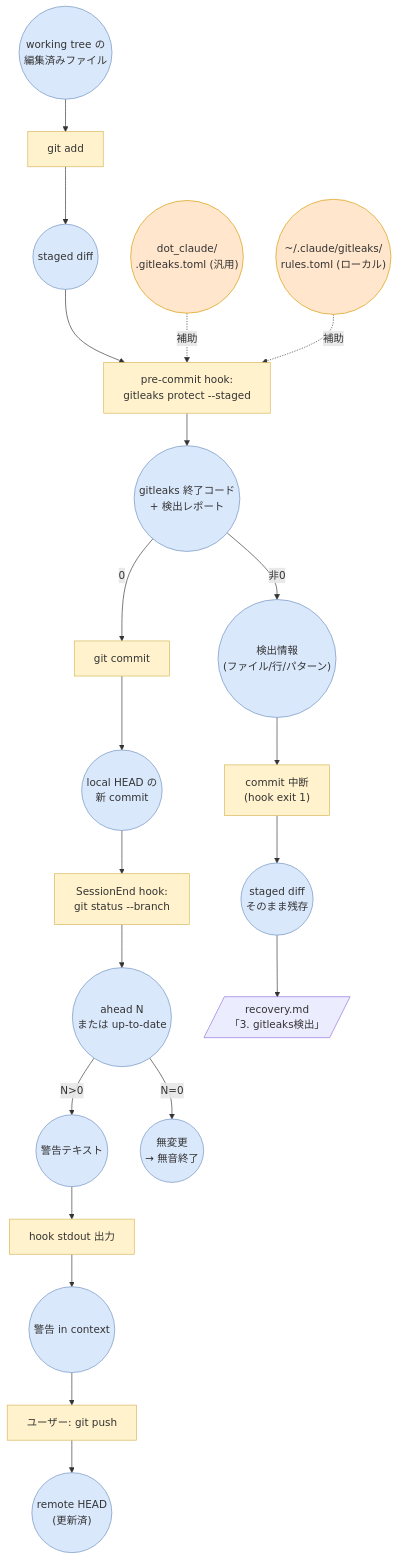
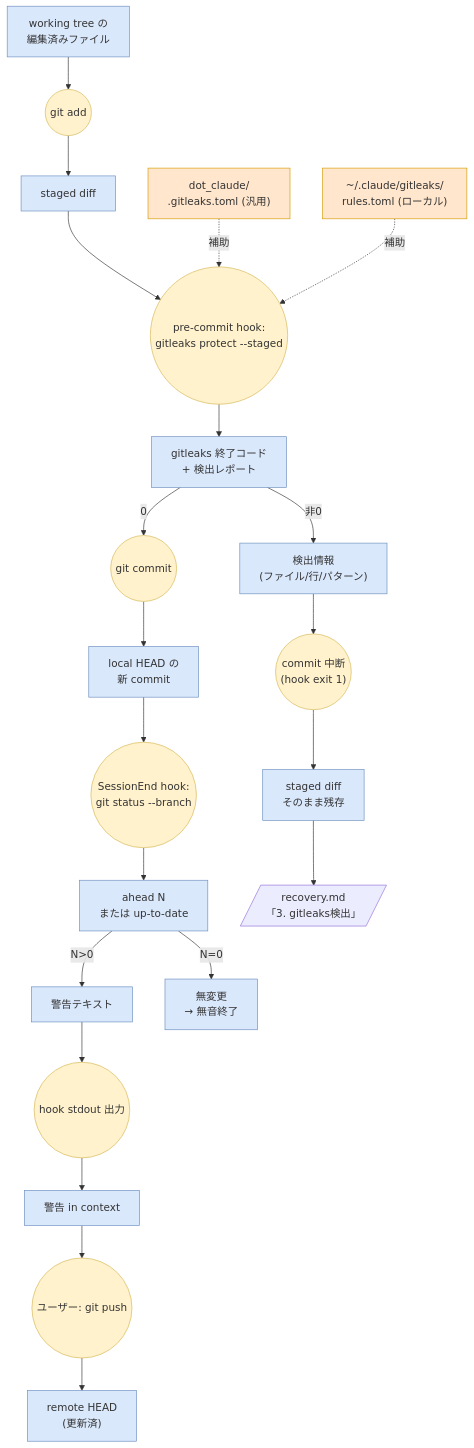
Before and after one commit to honokani/dot_claude: the second of 2 diagrams in features/auto_manage/flow_diagram.md, drawn with Mermaid. The commit also changed other lines of this file and 3 other files, not shown here.

````diff
--- a/features/auto_manage/flow_diagram.md
+++ b/features/auto_manage/flow_diagram.md
@@ -35,43 +35,43 @@
 ```mermaid
 flowchart TD
-    O_edit(("working tree の<br/>編集済みファイル"))
-    T_add["git add"]
-    O_staged(("staged diff"))
-    T_hook["pre-commit hook:<br/>gitleaks protect --staged"]
-    O_rules_pub(("dot_claude/<br/>.gitleaks.toml (汎用)"))
-    O_rules_loc(("~/.claude/gitleaks/<br/>rules.toml (ローカル)"))
-    O_result(("gitleaks 終了コード<br/>+ 検出レポート"))
+    O_edit["working tree の<br/>編集済みファイル"]
+    T_add(("git add"))
+    O_staged["staged diff"]
+    T_hook(("pre-commit hook:<br/>gitleaks protect --staged"))
+    O_rules_pub["dot_claude/<br/>.gitleaks.toml (汎用)"]
+    O_rules_loc["~/.claude/gitleaks/<br/>rules.toml (ローカル)"]
+    O_result["gitleaks 終了コード<br/>+ 検出レポート"]
 
-    T_commit["git commit"]
-    O_head(("local HEAD の<br/>新 commit"))
-    T_status["SessionEnd hook:<br/>git status --branch"]
-    O_ahead(("ahead N<br/>または up-to-date"))
-    O_warn(("警告テキスト"))
-    T_out["hook stdout 出力"]
-    O_ctx(("警告 in context"))
-    T_push["ユーザー: git push"]
-    O_remote(("remote HEAD<br/>(更新済)"))
-    O_noop(("無変更<br/>→ 無音終了"))
+    T_commit(("git commit"))
+    O_head["local HEAD の<br/>新 commit"]
+    T_status(("SessionEnd hook:<br/>git status --branch"))
+    O_ahead["ahead N<br/>または up-to-date"]
+    O_warn["警告テキスト"]
+    T_out(("hook stdout 出力"))
+    O_ctx["警告 in context"]
+    T_push(("ユーザー: git push"))
+    O_remote["remote HEAD<br/>(更新済)"]
+    O_noop["無変更<br/>→ 無音終了"]
 
-    O_detect(("検出情報<br/>(ファイル/行/パターン)"))
-    T_abort["commit 中断<br/>(hook exit 1)"]
-    O_staged_left(("staged diff<br/>そのまま残存"))
+    O_detect["検出情報<br/>(ファイル/行/パターン)"]
+    T_abort(("commit 中断<br/>(hook exit 1)"))
+    O_staged_left["staged diff<br/>そのまま残存"]
     R_gl[/"recovery.md<br/>「3. gitleaks検出」"/]
 
     O_edit --> T_add --> O_staged --> T_hook --> O_result
     O_rules_pub -.補助.-> T_hook
     O_rules_loc -.補助.-> T_hook
 
     O_result -->|"0"| T_commit --> O_head --> T_status --> O_ahead
     O_ahead -->|"N>0"| O_warn --> T_out --> O_ctx --> T_push --> O_remote
     O_ahead -->|"N=0"| O_noop
 
     O_result -->|"非0"| O_detect --> T_abort --> O_staged_left --> R_gl
 
     classDef obj fill:#dae8fc,stroke:#6c8ebf
     classDef task fill:#fff2cc,stroke:#d6b656
     classDef aux fill:#ffe6cc,stroke:#d79b00
     class O_edit,O_staged,O_result,O_head,O_ahead,O_warn,O_ctx,O_remote,O_noop,O_detect,O_staged_left obj
     class T_add,T_hook,T_commit,T_status,T_out,T_push,T_abort task
     class O_rules_pub,O_rules_loc aux
 ```
````
